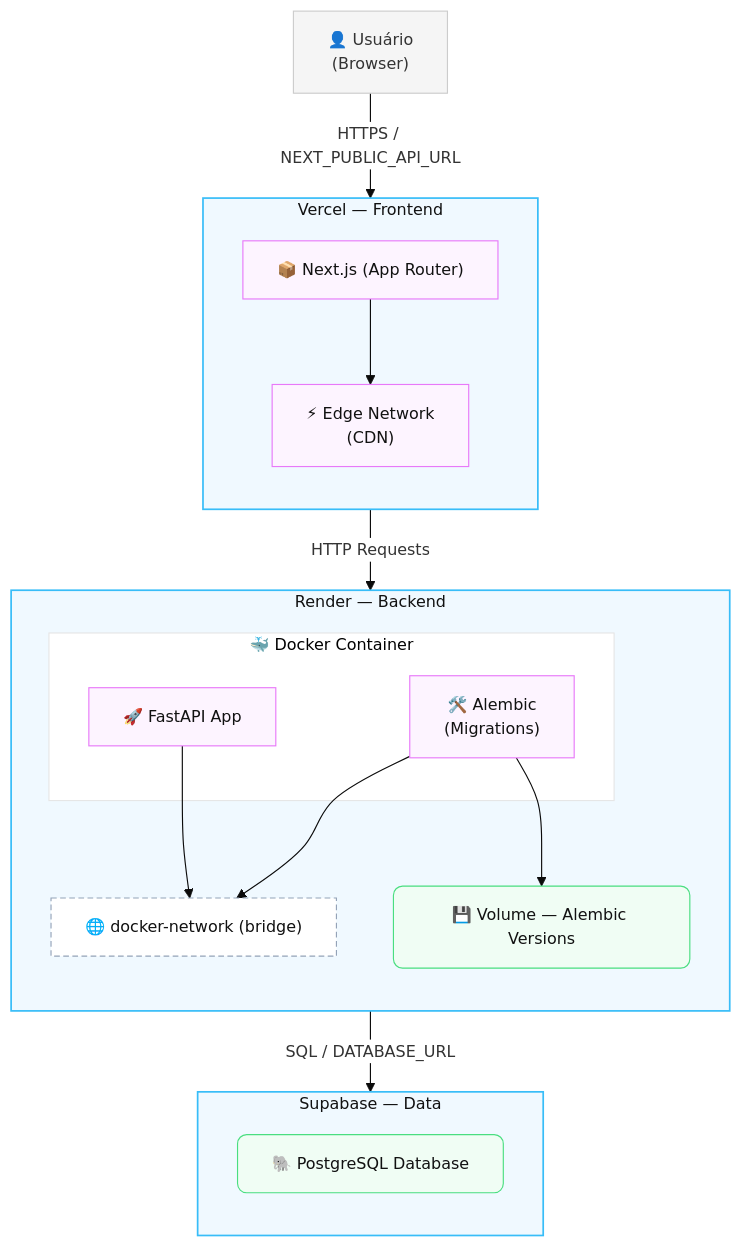
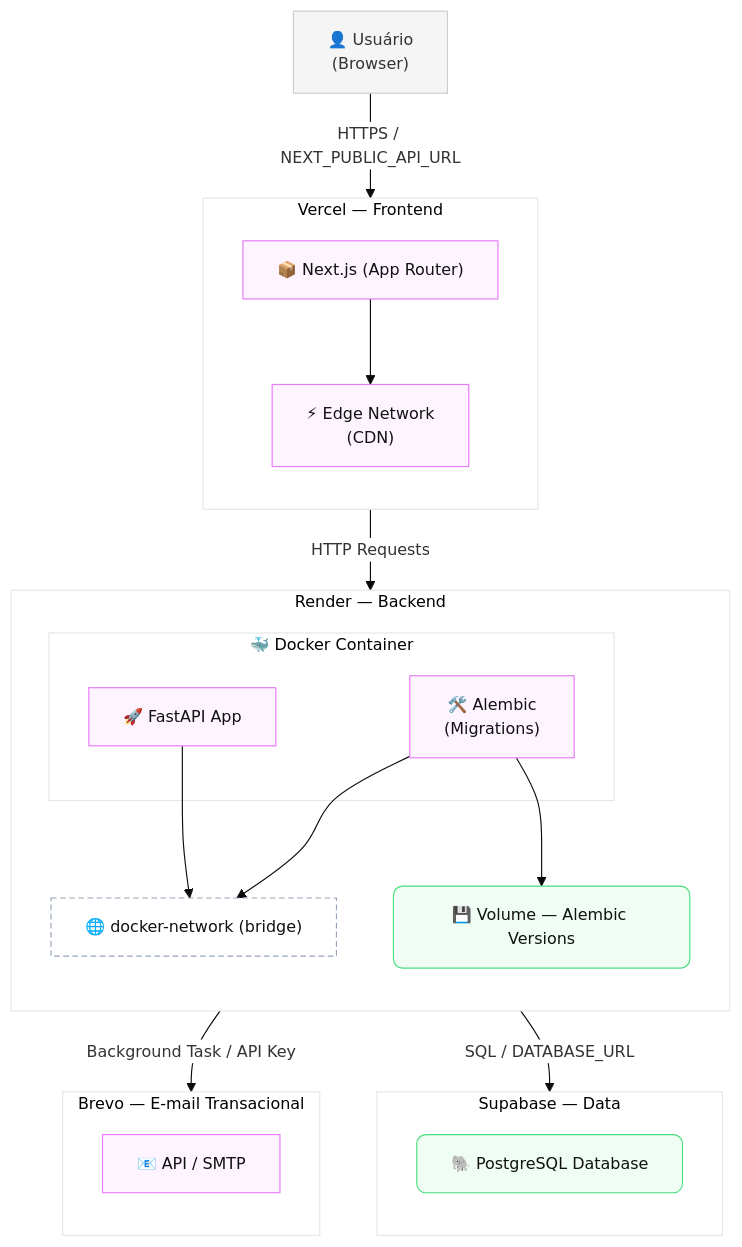
The diagram in docs/infrastructure/assets/infrastructure-diagram.mmd (fivelibx/fivelib), drawn with Mermaid before and after one commit. The commit also changed 13 other files, not shown here.

```diff
--- a/docs/infrastructure/assets/infrastructure-diagram.mmd
+++ b/docs/infrastructure/assets/infrastructure-diagram.mmd
@@ -1,56 +1,56 @@
-%%{init: {'theme': 'base', 'themeVariables': { 
-  'primaryColor': '#f5f5f5', 
-  'primaryBorderColor': '#ccc', 
-  'tertiaryColor': '#ffffff',
-  'edgeLabelBackground':'#ffffff',
-  'fontSize': '14px',
-  'fontFamily': 'Inter, Arial, sans-serif'
-}}}%%
-graph TD
-    %% Layout e classes
-    classDef cloud fill:#f0f9ff,stroke:#38bdf8,color:#111,stroke-width:1.5px;
-    classDef service fill:#fdf4ff,stroke:#e879f9,color:#111;
-    classDef storage fill:#f0fdf4,stroke:#4ade80,color:#111,rx:8,ry:8;
-    classDef network fill:#fff,stroke:#94a3b8,color:#111,stroke-dasharray: 5 3;
-
-    %% Usuário
-    User["👤 Usuário<br/>(Browser)"]
-
-    %% Vercel
-    subgraph Vercel_Cloud ["Vercel — Frontend"]
-        direction TB
+---
+config:
+  theme: base
+  themeVariables:
+    primaryColor: '#f5f5f5'
+    primaryBorderColor: '#ccc'
+    tertiaryColor: '#ffffff'
+    edgeLabelBackground: '#ffffff'
+    fontSize: 14px
+    fontFamily: ''
+  layout: fixed
+---
+flowchart TB
+ subgraph Vercel_Cloud["Vercel — Frontend"]
+    direction TB
         F_Static["📦 Next.js (App Router)"]
-        F_Edge["⚡ Edge Network<br/>(CDN)"]
-        F_Static --> F_Edge
-    end
-
-    %% Render
-    subgraph Render_Cloud ["Render — Backend"]
-        direction TB
-        subgraph Docker_Container ["🐳 Docker Container"]
-            B_API["🚀 FastAPI App"]
-            B_Alembic["🛠️ Alembic<br/>(Migrations)"]
-        end
+        F_Edge["⚡ Edge Network<br>(CDN)"]
+  end
+ subgraph Docker_Container["🐳 Docker Container"]
+        B_API["🚀 FastAPI App"]
+        B_Alembic["🛠️ Alembic<br>(Migrations)"]
+  end
+ subgraph Render_Cloud["Render — Backend"]
+    direction TB
+        Docker_Container
         B_Vol["💾 Volume — Alembic Versions"]
         B_Net["🌐 docker-network (bridge)"]
-        B_API --> B_Net
-        B_Alembic --> B_Net
-        B_Alembic --> B_Vol
-    end
+  end
+ subgraph Supabase_Cloud["Supabase — Data"]
+    direction TB
+        S_Postgres["🐘 PostgreSQL Database"]
+  end
+ subgraph Brevo_Cloud["Brevo — E-mail Transacional"]
+    direction TB
+        B_SMTP["📧 API / SMTP"]
+  end
+    F_Static --> F_Edge
+    B_API --> B_Net
+    B_Alembic --> B_Net & B_Vol
+    User["👤 Usuário<br>(Browser)"] -- HTTPS / NEXT_PUBLIC_API_URL --> F_Edge
+    F_Edge -- HTTP Requests --> B_API
+    B_API -- SQL / DATABASE_URL --> S_Postgres
+    B_API -- Background Task / API Key --> B_SMTP
 
-    %% Supabase
-    subgraph Supabase_Cloud ["Supabase — Data"]
-        direction TB
-        S_Postgres["🐘 PostgreSQL Database"]
-    end
-
-    %% Fluxo
-    User -->|"HTTPS / NEXT_PUBLIC_API_URL"| F_Edge
-    F_Edge -->|"HTTP Requests"| B_API
-    B_API -->|"SQL / DATABASE_URL"| S_Postgres
-
-    %% Classes
-    class Vercel_Cloud,Render_Cloud,Supabase_Cloud cloud;
-    class F_Static,F_Edge,B_API,B_Alembic service;
-    class S_Postgres,B_Vol storage;
-    class B_Net network;
+     F_Static:::service
+     F_Edge:::service
+     B_API:::service
+     B_Alembic:::service
+     B_Vol:::storage
+     B_Net:::network
+     S_Postgres:::storage
+     B_SMTP:::service
+    classDef cloud fill:#f0f9ff,stroke:#38bdf8,color:#111,stroke-width:1.5px
+    classDef service fill:#fdf4ff,stroke:#e879f9,color:#111
+    classDef storage fill:#f0fdf4,stroke:#4ade80,color:#111,rx:8,ry:8
+    classDef network fill:#fff,stroke:#94a3b8,color:#111,stroke-dasharray: 5 3
```
